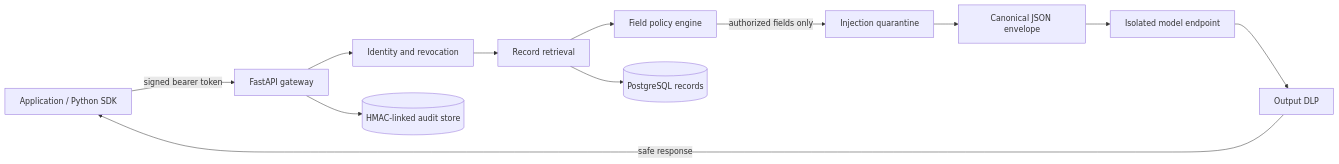
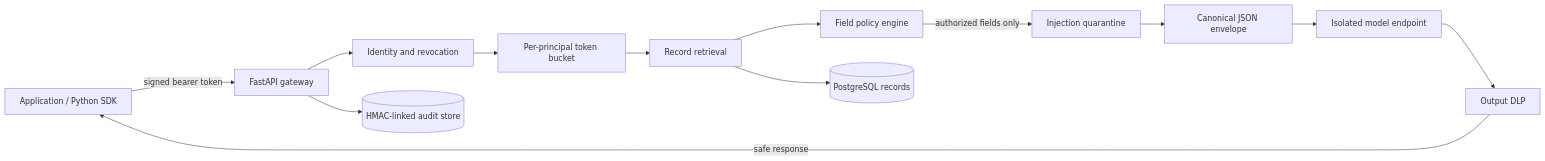
The diagram in docs/architecture.md (sophianggan/aegis-gateway), drawn with Mermaid before and after one commit. The commit also changed other lines of this file and 5 other files, not shown here.

````diff
--- a/docs/architecture.md
+++ b/docs/architecture.md
@@ -9,14 +9,15 @@
 ```mermaid
 flowchart LR
     Client[Application / Python SDK] -->|signed bearer token| API[FastAPI gateway]
     API --> Identity[Identity and revocation]
-    Identity --> Retrieval[Record retrieval]
+    Identity --> Limit[Per-principal token bucket]
+    Limit --> Retrieval[Record retrieval]
     Retrieval --> Policy[Field policy engine]
     Policy -->|authorized fields only| Ingress[Injection quarantine]
     Ingress --> Envelope[Canonical JSON envelope]
     Envelope --> Model[Isolated model endpoint]
     Model --> Egress[Output DLP]
     Egress -->|safe response| Client
     API --> Audit[(HMAC-linked audit store)]
     Retrieval --> Data[(PostgreSQL records)]
 ```
````
